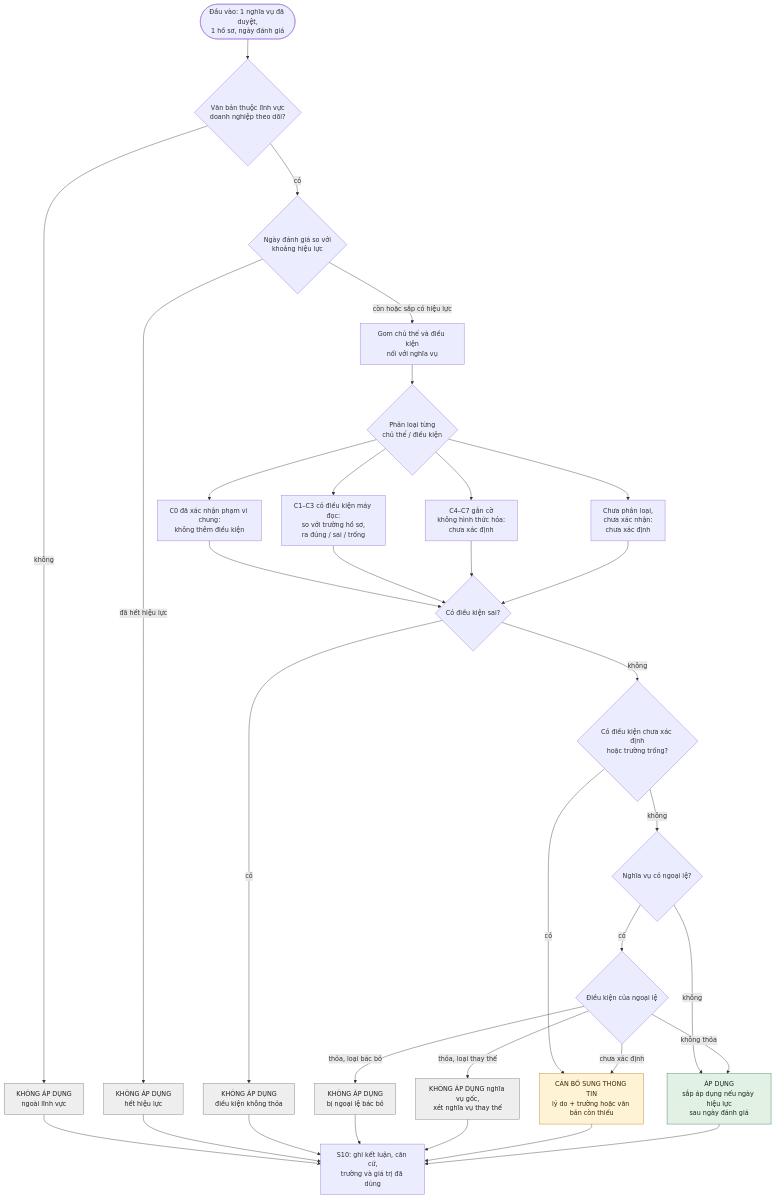
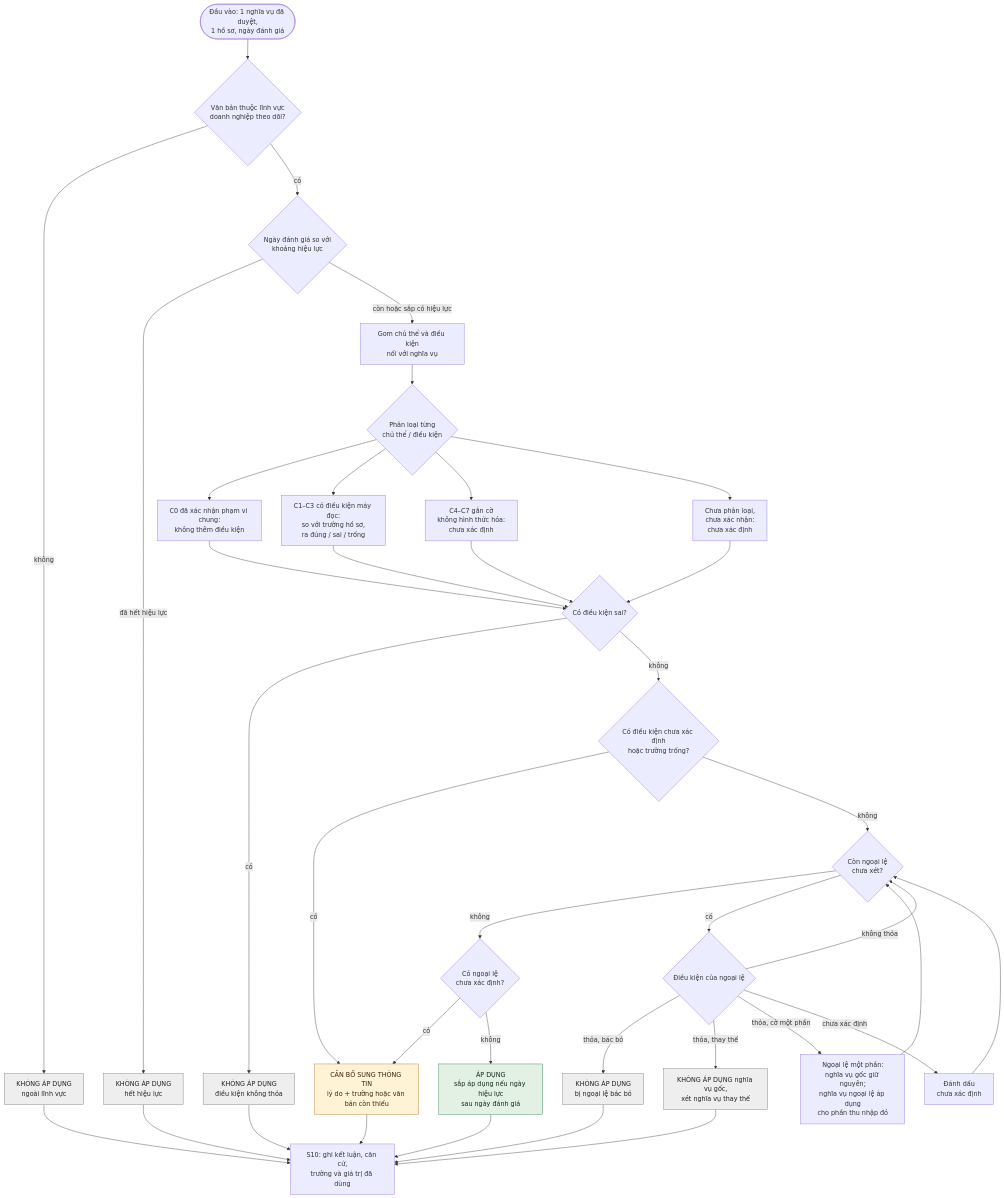
The ninth of 12 diagrams in docs/mis/HE_THONG_DA_CHOT.md (quangthangtran722-gif/Nexora-Navigator-Compliance), drawn with Mermaid before and after one commit. The commit also changed other lines of this file and 2 other files, not shown here.

First line of the commit message:
docs(mis): thiết kế v1.1 — Q1–Q6, Luật 108 toàn văn, hồ sơ hai phần; PLAN.md ước lượng lại

````diff
--- a/docs/mis/HE_THONG_DA_CHOT.md
+++ b/docs/mis/HE_THONG_DA_CHOT.md
@@ -448,61 +454,67 @@
 ```mermaid
 flowchart TD
   st(["Đầu vào: 1 nghĩa vụ đã duyệt,<br/>1 hồ sơ, ngày đánh giá"])
   q1{"Văn bản thuộc lĩnh vực<br/>doanh nghiệp theo dõi?"}
   q2{"Ngày đánh giá so với<br/>khoảng hiệu lực"}
   g["Gom chủ thể và điều kiện<br/>nối với nghĩa vụ"]
   k{"Phân loại từng<br/>chủ thể / điều kiện"}
   k0["C0 đã xác nhận phạm vi chung:<br/>không thêm điều kiện"]
   k1["C1–C3 có điều kiện máy đọc:<br/>so với trường hồ sơ,<br/>ra đúng / sai / trống"]
   k2["C4–C7 gắn cờ<br/>không hình thức hóa:<br/>chưa xác định"]
   k3["Chưa phân loại,<br/>chưa xác nhận:<br/>chưa xác định"]
   q3{"Có điều kiện sai?"}
   q4{"Có điều kiện chưa xác định<br/>hoặc trường trống?"}
-  q5{"Nghĩa vụ có ngoại lệ?"}
+  q5{"Còn ngoại lệ<br/>chưa xét?"}
   q6{"Điều kiện của ngoại lệ"}
+  mp["Ngoại lệ một phần:<br/>nghĩa vụ gốc giữ nguyên;<br/>nghĩa vụ ngoại lệ áp dụng<br/>cho phần thu nhập đó"]
+  nd["Đánh dấu<br/>chưa xác định"]
+  q7{"Có ngoại lệ<br/>chưa xác định?"}
   rKO1["KHÔNG ÁP DỤNG<br/>ngoài lĩnh vực"]
   rKO2["KHÔNG ÁP DỤNG<br/>hết hiệu lực"]
   rKO3["KHÔNG ÁP DỤNG<br/>điều kiện không thỏa"]
   rBS["CẦN BỔ SUNG THÔNG TIN<br/>lý do + trường hoặc văn bản còn thiếu"]
   rKO4["KHÔNG ÁP DỤNG<br/>bị ngoại lệ bác bỏ"]
   rTT["KHÔNG ÁP DỤNG nghĩa vụ gốc,<br/>xét nghĩa vụ thay thế"]
   rAD["ÁP DỤNG<br/>sắp áp dụng nếu ngày hiệu lực<br/>sau ngày đánh giá"]
   lg["S10: ghi kết luận, căn cứ,<br/>trường và giá trị đã dùng"]
 
   st --> q1
   q1 -- "không" --> rKO1
   q1 -- "có" --> q2
   q2 -- "đã hết hiệu lực" --> rKO2
   q2 -- "còn hoặc sắp có hiệu lực" --> g --> k
   k --> k0
   k --> k1
   k --> k2
   k --> k3
   k0 --> q3
   k1 --> q3
   k2 --> q3
   k3 --> q3
   q3 -- "có" --> rKO3
   q3 -- "không" --> q4
   q4 -- "có" --> rBS
   q4 -- "không" --> q5
-  q5 -- "không" --> rAD
+  q5 -- "không" --> q7
+  q7 -- "có" --> rBS
+  q7 -- "không" --> rAD
   q5 -- "có" --> q6
-  q6 -- "thỏa, loại bác bỏ" --> rKO4
-  q6 -- "thỏa, loại thay thế" --> rTT
-  q6 -- "không thỏa" --> rAD
-  q6 -- "chưa xác định" --> rBS
+  q6 -- "thỏa, bác bỏ" --> rKO4
+  q6 -- "thỏa, thay thế" --> rTT
+  q6 -- "thỏa, cờ một phần" --> mp --> q5
+  q6 -- "không thỏa" --> q5
+  q6 -- "chưa xác định" --> nd --> q5
   rKO1 --> lg
   rKO2 --> lg
   rKO3 --> lg
   rKO4 --> lg
   rTT --> lg
   rBS --> lg
   rAD --> lg
   classDef ad fill:#e3f1e5,stroke:#2e7d4f,color:#0f2a18
   classDef ko fill:#eeeeee,stroke:#777777,color:#222222
   classDef bs fill:#fff3d6,stroke:#b7791f,color:#3a2606
   class rAD ad
   class rKO1,rKO2,rKO3,rKO4,rTT ko
   class rBS bs
 ```
````
